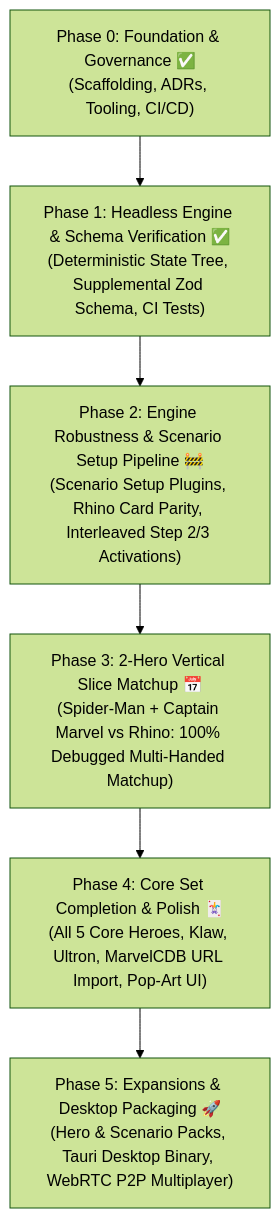
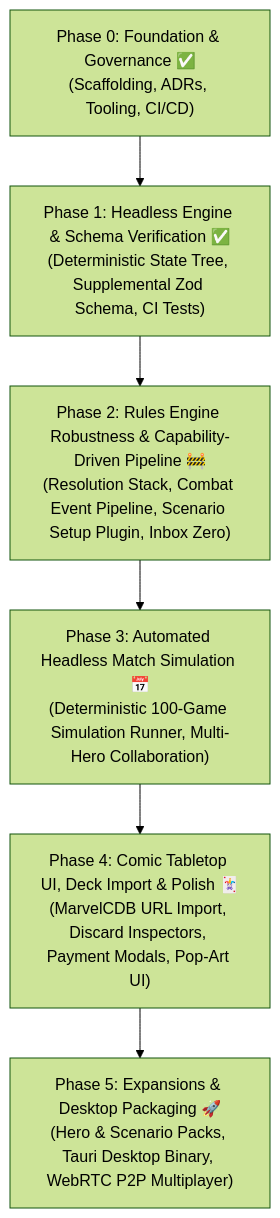
Before and after one commit to SteveRodrigue/MCD: the diagram in docs/roadmap_and_milestones.md, drawn with Mermaid (forest theme). The commit also changed other lines of this file and 1 other file, not shown here.

Commit message:
docs(roadmap): realign roadmap milestones to capability-first headless architecture

````diff
--- a/docs/roadmap_and_milestones.md
+++ b/docs/roadmap_and_milestones.md
@@ -30,8 +30,8 @@
 ```mermaid
 graph TD
     P0["Phase 0: Foundation & Governance ✅<br/>(Scaffolding, ADRs, Tooling, CI/CD)"] --> P1["Phase 1: Headless Engine & Schema Verification ✅<br/>(Deterministic State Tree, Supplemental Zod Schema, CI Tests)"]
-    P1 --> P2["Phase 2: Engine Robustness & Scenario Setup Pipeline 🚧<br/>(Scenario Setup Plugins, Rhino Card Parity, Interleaved Step 2/3 Activations)"]
-    P2 --> P3["Phase 3: 2-Hero Vertical Slice Matchup 📅<br/>(Spider-Man + Captain Marvel vs Rhino: 100% Debugged Multi-Handed Matchup)"]
-    P3 --> P4["Phase 4: Core Set Completion & Polish 🃏<br/>(All 5 Core Heroes, Klaw, Ultron, MarvelCDB URL Import, Pop-Art UI)"]
+    P1 --> P2["Phase 2: Rules Engine Robustness & Capability-Driven Pipeline 🚧<br/>(Resolution Stack, Combat Event Pipeline, Scenario Setup Plugin, Inbox Zero)"]
+    P2 --> P3["Phase 3: Automated Headless Match Simulation 📅<br/>(Deterministic 100-Game Simulation Runner, Multi-Hero Collaboration)"]
+    P3 --> P4["Phase 4: Comic Tabletop UI, Deck Import & Polish 🃏<br/>(MarvelCDB URL Import, Discard Inspectors, Payment Modals, Pop-Art UI)"]
     P4 --> P5["Phase 5: Expansions & Desktop Packaging 🚀<br/>(Hero & Scenario Packs, Tauri Desktop Binary, WebRTC P2P Multiplayer)"]
 ```
````
